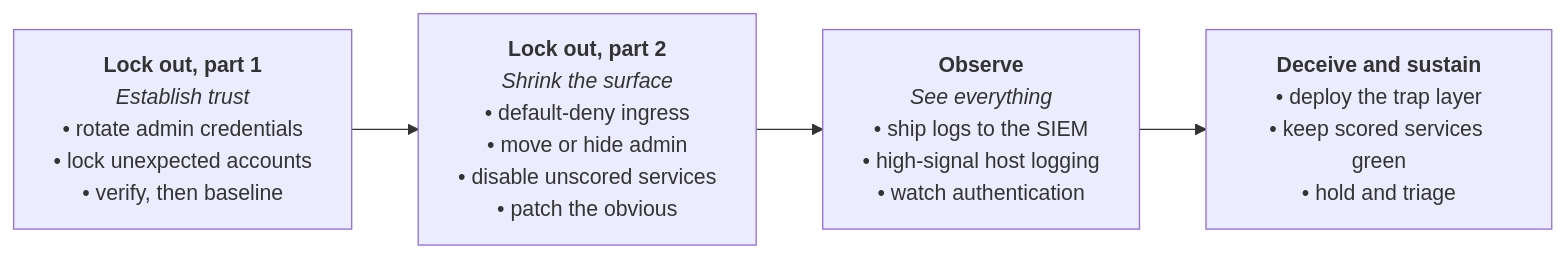
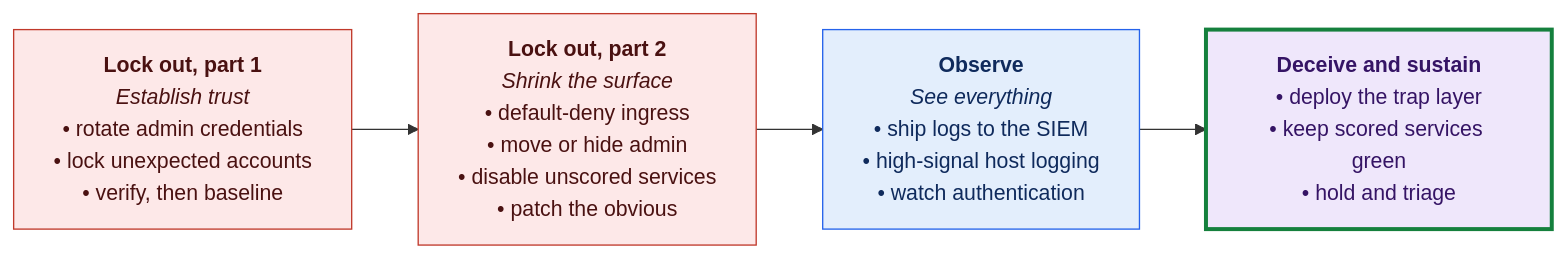
The first of 2 diagrams in docs/Blueprint.md (dotnetdork/Labyrinth), drawn with Mermaid before and after one commit. The commit also changed other lines of this file and 12 other files, not shown here.

````diff
--- a/docs/Blueprint.md
+++ b/docs/Blueprint.md
@@ -66,8 +67,15 @@
 ```mermaid
 flowchart LR
     A["<b>Lock out, part 1</b><br/><i>Establish trust</i><br/>• rotate admin credentials<br/>• lock unexpected accounts<br/>• verify, then baseline"]
     B["<b>Lock out, part 2</b><br/><i>Shrink the surface</i><br/>• default-deny ingress<br/>• move or hide admin<br/>• disable unscored services<br/>• patch the obvious"]
     C["<b>Observe</b><br/><i>See everything</i><br/>• ship logs to the SIEM<br/>• high-signal host logging<br/>• watch authentication"]
     D["<b>Deceive and sustain</b><br/>• deploy the trap layer<br/>• keep scored services green<br/>• hold and triage"]
     A --> B --> C --> D
+    classDef lockout fill:#fde8e8,stroke:#c0392b,color:#4a1111
+    classDef observe fill:#e3eefc,stroke:#2563eb,color:#0f2a5c
+    classDef deceive fill:#efe7fb,stroke:#7c3aed,color:#351465
+    class A,B lockout
+    class C observe
+    class D deceive
+    style D stroke:#15803d,stroke-width:3px
 ```
````
